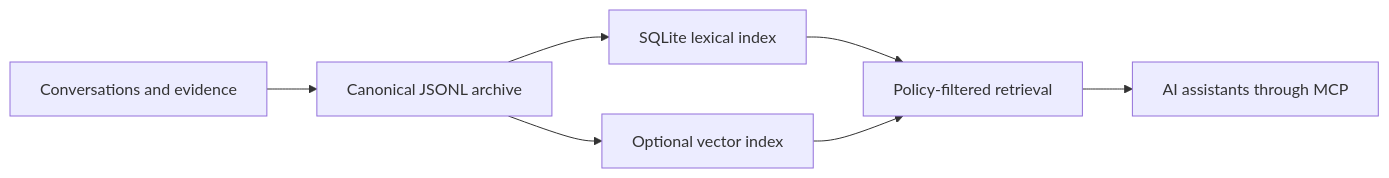
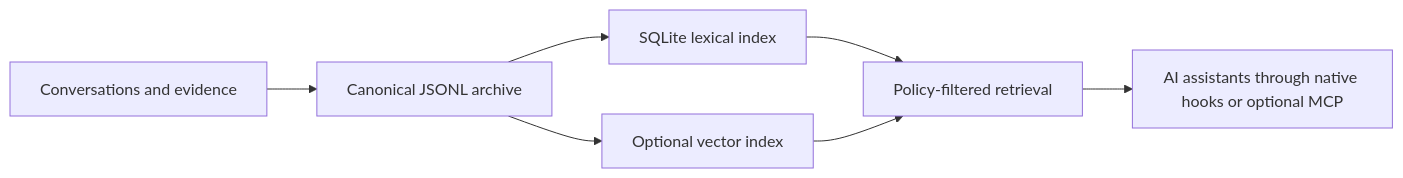
One commit to ycooi/mindmory changed the diagram in README.md. Above: the diagram before and after it, drawn with Mermaid. The commit also changed other lines of this file and 39 other files, not shown here.

````diff
--- a/README.md
+++ b/README.md
@@ -70,9 +70,9 @@
 ```mermaid
 flowchart LR
     A["Conversations and evidence"] --> B["Canonical JSONL archive"]
     B --> C["SQLite lexical index"]
     B --> D["Optional vector index"]
     C --> E["Policy-filtered retrieval"]
     D --> E
-    E --> F["AI assistants through MCP"]
+    E --> F["AI assistants through native hooks or optional MCP"]
 ```
````
